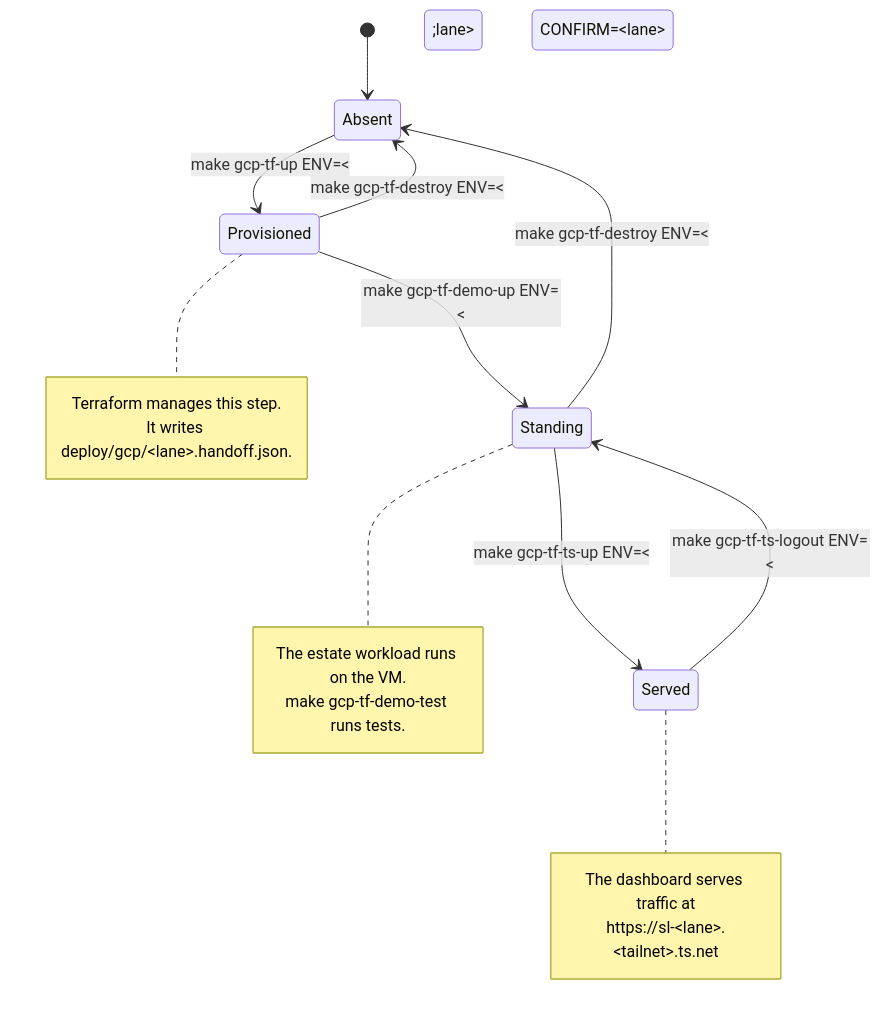
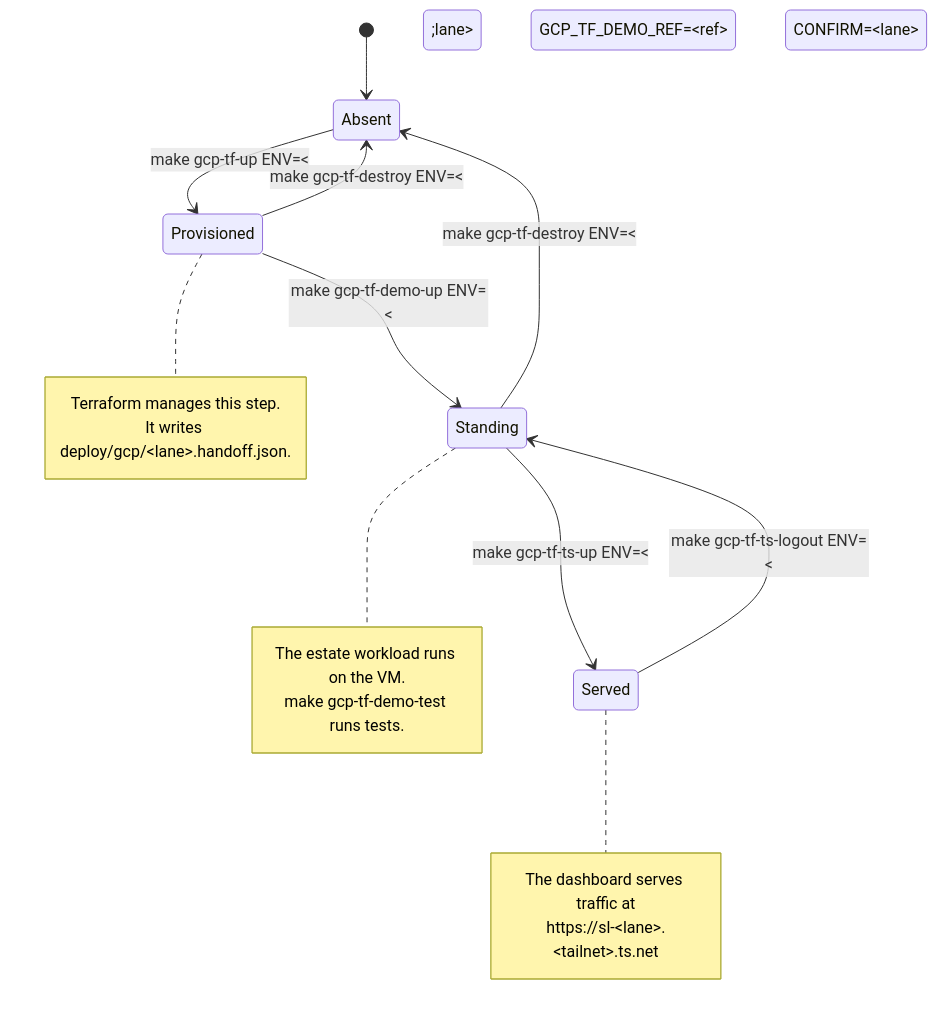
Before and after one commit to sublimino/architecture-as-code: the second of 2 diagrams in docs/gcp-demo/OPERATIONS.md, drawn with Mermaid. The commit also changed 5 other files, not shown here.

Commit message:
feat(gcp-tf): pin lane deploys to named ref via GCP_TF_DEMO_REF

````diff
--- a/docs/gcp-demo/OPERATIONS.md
+++ b/docs/gcp-demo/OPERATIONS.md
@@ -67,23 +67,23 @@
 ```mermaid
 stateDiagram-v2
   [*] --> Absent
   Absent --> Provisioned: make gcp-tf-up ENV=&lt;lane&gt;
-  Provisioned --> Standing: make gcp-tf-demo-up ENV=&lt;lane&gt;
+  Provisioned --> Standing: make gcp-tf-demo-up ENV=&lt;lane&gt; GCP_TF_DEMO_REF=&lt;ref&gt;
   Standing --> Served: make gcp-tf-ts-up ENV=&lt;lane&gt;
   Served --> Standing: make gcp-tf-ts-logout ENV=&lt;lane&gt;
   Standing --> Absent: make gcp-tf-destroy ENV=&lt;lane&gt; CONFIRM=&lt;lane&gt;
   Provisioned --> Absent: make gcp-tf-destroy ENV=&lt;lane&gt; CONFIRM=&lt;lane&gt;
 
   note right of Provisioned
     Terraform manages this step.
     It writes deploy/gcp/&lt;lane&gt;.handoff.json.
   end note
   note right of Standing
     The estate workload runs on the VM.
     make gcp-tf-demo-test runs tests.
   end note
   note right of Served
     The dashboard serves traffic at
     https://sl-&lt;lane&gt;.&lt;tailnet&gt;.ts.net
   end note
 ```
````
